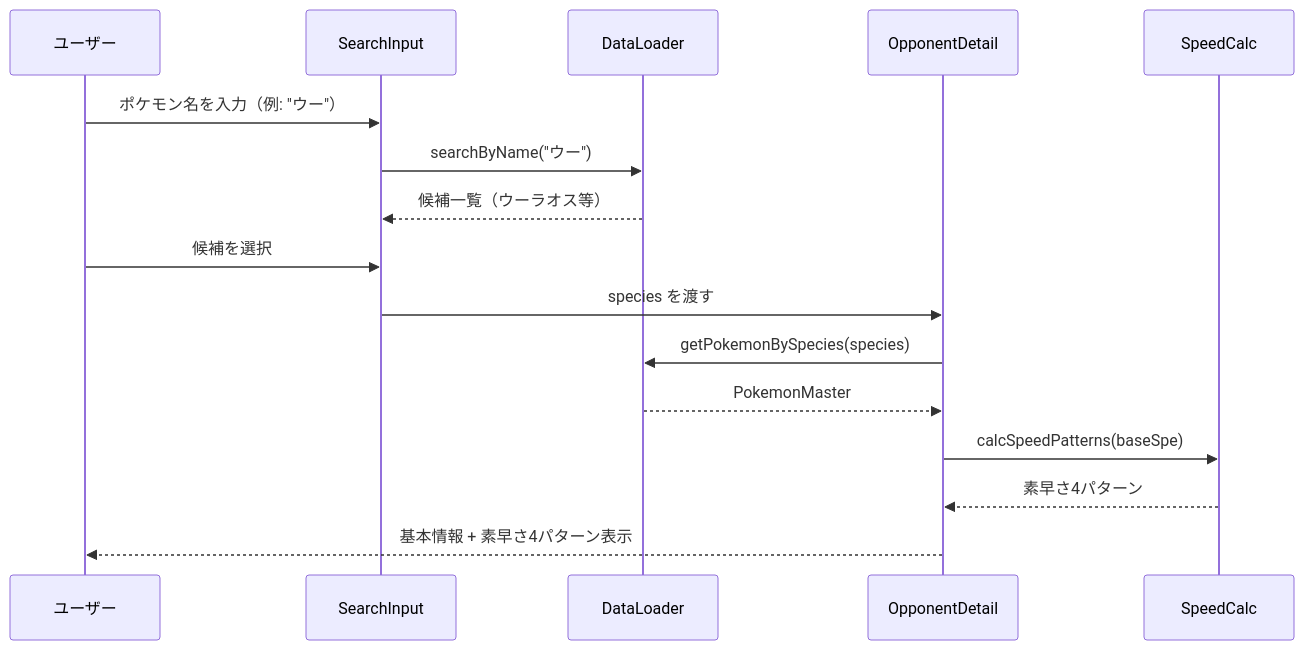
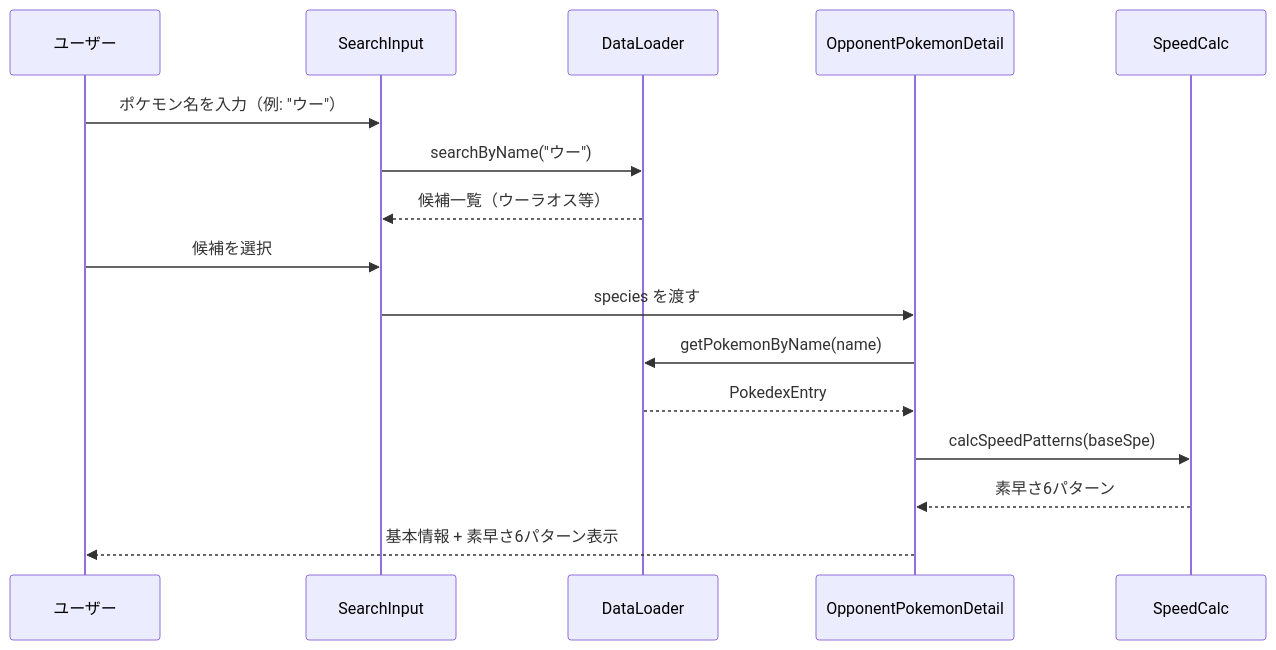
The second of 4 diagrams in docs/functional-design.md (7mgxk5856x-alt/pokelens), drawn with Mermaid before and after one commit. The commit also changed other lines of this file and 8 other files, not shown here.

````diff
--- a/docs/functional-design.md
+++ b/docs/functional-design.md
@@ -239,19 +918,19 @@
 ```mermaid
 sequenceDiagram
     participant User as ユーザー
     participant SI as SearchInput
     participant DL as DataLoader
-    participant OD as OpponentDetail
+    participant OD as OpponentPokemonDetail
     participant SC as SpeedCalc
 
     User->>SI: ポケモン名を入力（例: "ウー"）
     SI->>DL: searchByName("ウー")
     DL-->>SI: 候補一覧（ウーラオス等）
     User->>SI: 候補を選択
     SI->>OD: species を渡す
-    OD->>DL: getPokemonBySpecies(species)
-    DL-->>OD: PokemonMaster
+    OD->>DL: getPokemonByName(name)
+    DL-->>OD: PokedexEntry
     OD->>SC: calcSpeedPatterns(baseSpe)
-    SC-->>OD: 素早さ4パターン
-    OD-->>User: 基本情報 + 素早さ4パターン表示
+    SC-->>OD: 素早さ6パターン
+    OD-->>User: 基本情報 + 素早さ6パターン表示
 ```
````
